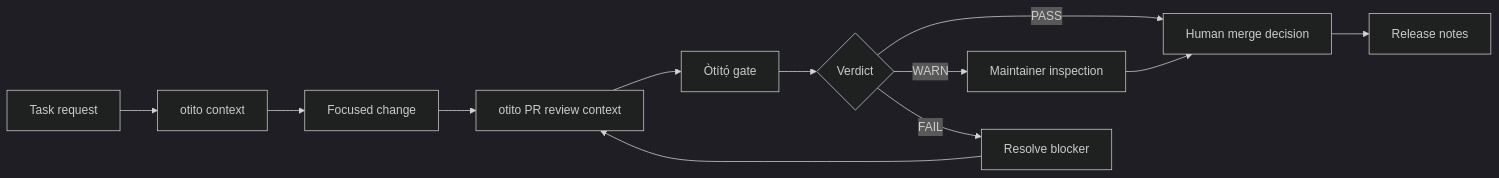
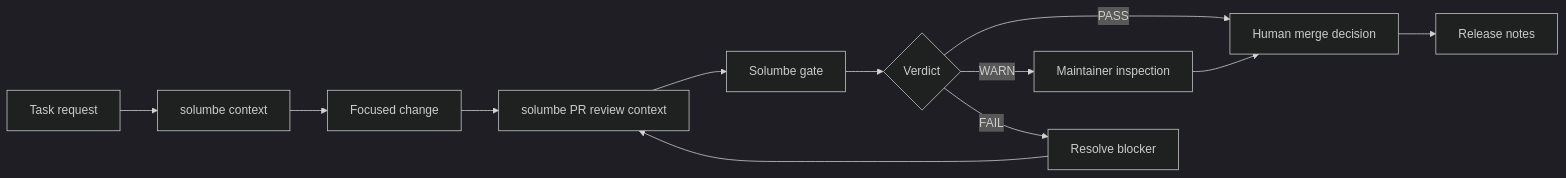
One commit to BASHBOP/otito changed the diagram in docs/05-trust-layer-demo/README.md. Above: the diagram before and after it, drawn with Mermaid (dark theme). The commit also changed other lines of this file and 198 other files, not shown here.

First line of the commit message:
refactor!: rename otito to Solumbe

````diff
--- a/docs/05-trust-layer-demo/README.md
+++ b/docs/05-trust-layer-demo/README.md
@@ -138,14 +138,14 @@
 ```mermaid
 flowchart LR
-    A[Task request] --> B[otito context]
+    A[Task request] --> B[solumbe context]
     B --> C[Focused change]
-    C --> D[otito PR review context]
-    D --> E[Òtítọ́ gate]
+    C --> D[solumbe PR review context]
+    D --> E[Solumbe gate]
     E --> F{Verdict}
     F -->|PASS| G[Human merge decision]
     F -->|WARN| H[Maintainer inspection]
     F -->|FAIL| I[Resolve blocker]
     H --> G
     I --> D
     G --> J[Release notes]
 ```
````
